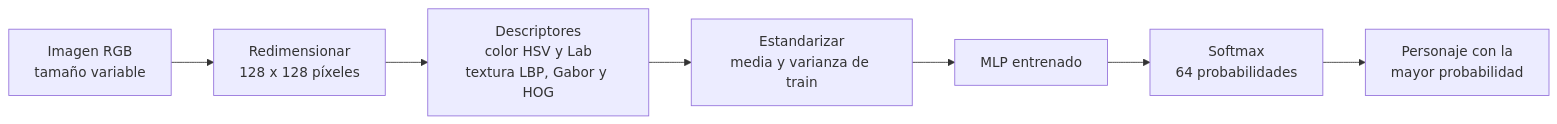
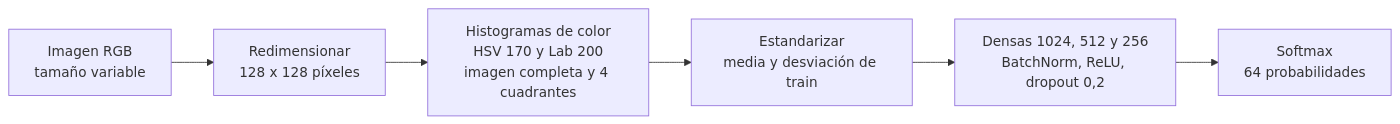
The diagram in PMC/README.md (ByFlopp/LosSimpsons_DeepLearning), drawn with Mermaid before and after one commit. The commit also changed other lines of this file and 98 other files, not shown here.

````diff
--- a/PMC/README.md
+++ b/PMC/README.md
@@ -43,9 +81,8 @@
 ```mermaid
 flowchart LR
     A[Imagen RGB<br/>tamaño variable] --> B[Redimensionar<br/>128 x 128 píxeles]
-    B --> C[Descriptores<br/>color HSV y Lab<br/>textura LBP, Gabor y HOG]
-    C --> D[Estandarizar<br/>media y varianza de train]
-    D --> E[MLP entrenado]
+    B --> C[Histogramas de color<br/>HSV 170 y Lab 200<br/>imagen completa y 4 cuadrantes]
+    C --> D[Estandarizar<br/>media y desviación de train]
+    D --> E[Densas 1024, 512 y 256<br/>BatchNorm, ReLU, dropout 0,2]
     E --> F[Softmax<br/>64 probabilidades]
-    F --> G[Personaje con la<br/>mayor probabilidad]
 ```
````
